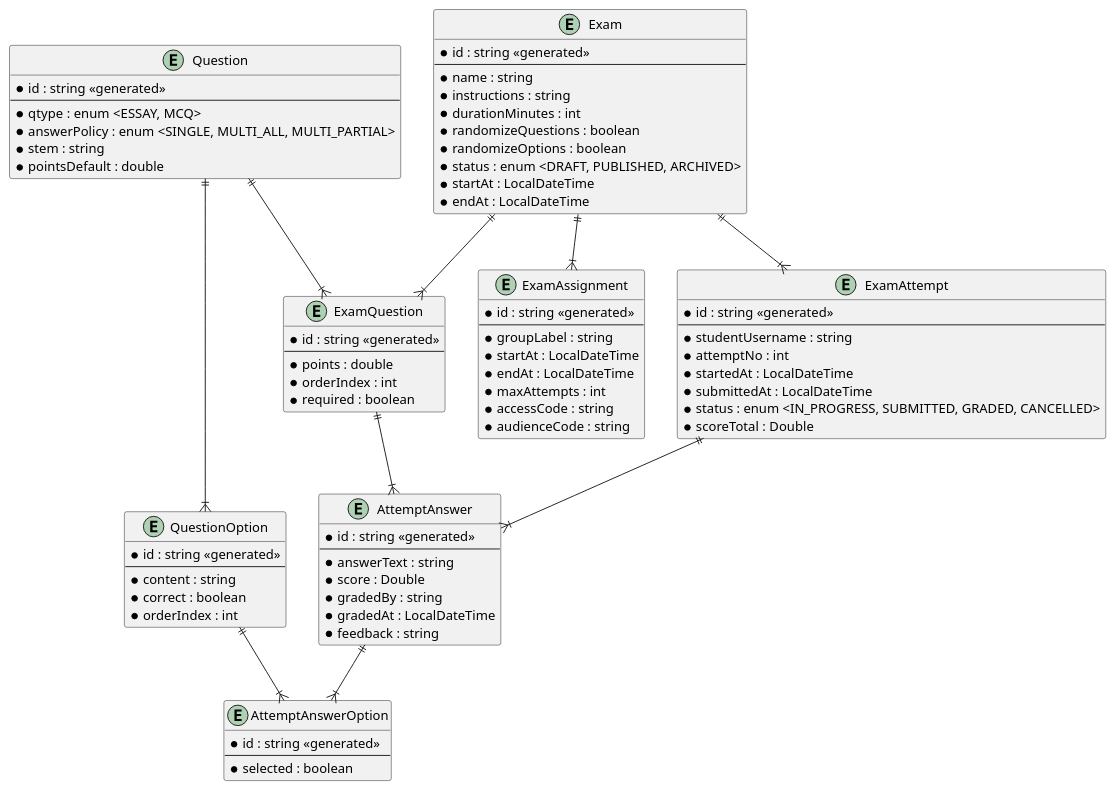
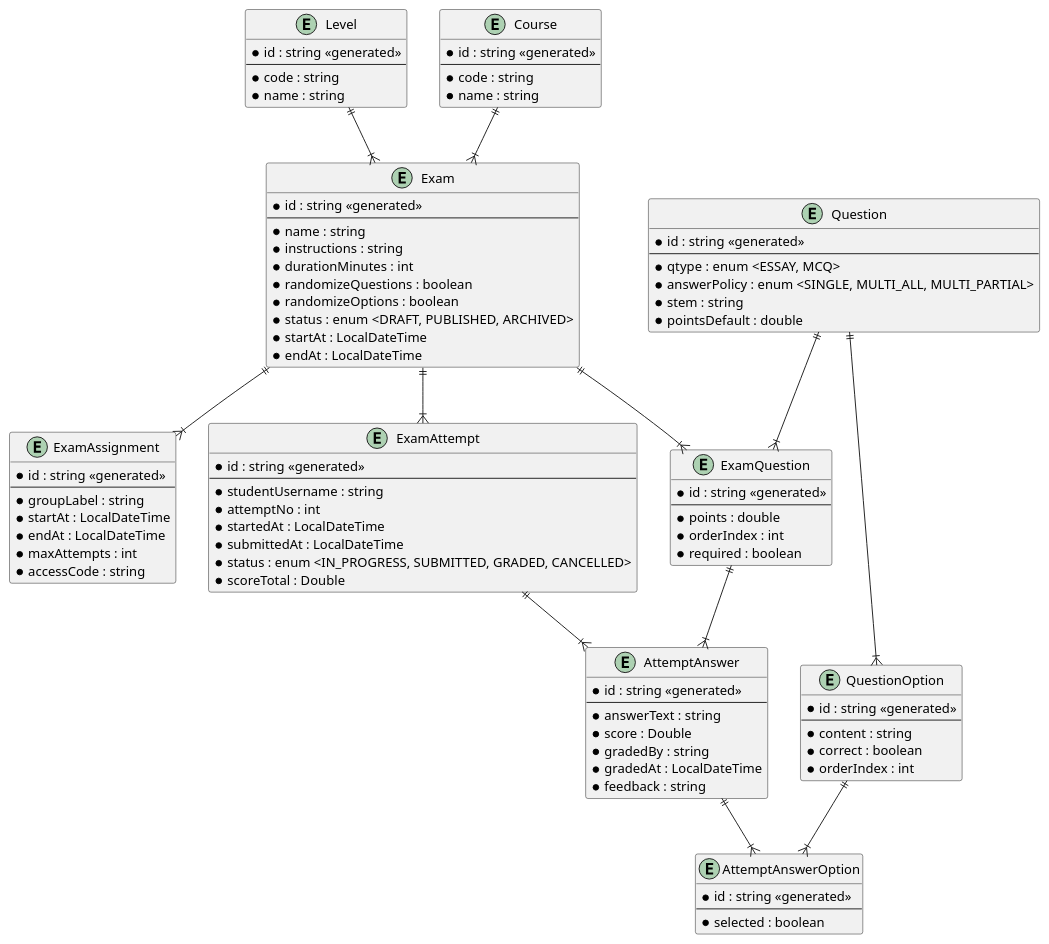
One commit to aronipurwanto/sisko-exam changed the diagram in docs/db/revisi.puml. Above: the diagram before and after it, drawn with PlantUML. The commit also changed 14 other files, not shown here.

```diff
--- a/docs/db/revisi.puml
+++ b/docs/db/revisi.puml
@@ -1,106 +1,118 @@
 @startuml
+
+entity "Level" as Level {
+    * id : string <<generated>>
+    --
+    * code : string
+    * name : string
+}
+
+entity "Course" as Course {
+    * id : string <<generated>>
+    --
+    * code : string
+    * name : string
+}
 
 entity "Question" as Question {
     * id : string <<generated>>
     --
     * qtype : enum <ESSAY, MCQ>
     * answerPolicy : enum <SINGLE, MULTI_ALL, MULTI_PARTIAL>
     * stem : string
     * pointsDefault : double
 }
 
 entity "QuestionOption" as QuestionOption {
     * id : string <<generated>>
     --
     * content : string
     * correct : boolean
     * orderIndex : int
 }
 
 entity "Exam" as Exam {
     * id : string <<generated>>
     --
     * name : string
     * instructions : string
     * durationMinutes : int
     * randomizeQuestions : boolean
     * randomizeOptions : boolean
     * status : enum <DRAFT, PUBLISHED, ARCHIVED>
     * startAt : LocalDateTime
     * endAt : LocalDateTime
 }
 
 entity "ExamAssignment" as ExamAssignment {
     * id : string <<generated>>
     --
     * groupLabel : string
     * startAt : LocalDateTime
     * endAt : LocalDateTime
     * maxAttempts : int
     * accessCode : string
-    * audienceCode : string
 }
 
 entity "ExamAttempt" as ExamAttempt {
     * id : string <<generated>>
     --
     * studentUsername : string
     * attemptNo : int
     * startedAt : LocalDateTime
     * submittedAt : LocalDateTime
     * status : enum <IN_PROGRESS, SUBMITTED, GRADED, CANCELLED>
     * scoreTotal : Double
 }
 
 entity "ExamQuestion" as ExamQuestion {
     * id : string <<generated>>
     --
     * points : double
     * orderIndex : int
     * required : boolean
 }
 
 entity "AttemptAnswer" as AttemptAnswer {
     * id : string <<generated>>
     --
     * answerText : string
     * score : Double
     * gradedBy : string
     * gradedAt : LocalDateTime
     * feedback : string
 }
 
 entity "AttemptAnswerOption" as AttemptAnswerOption {
     * id : string <<generated>>
     --
     * selected : boolean
 }
 
-' ==========================
-' RELATIONSHIPS (Fixed)
-' ==========================
-
 ' Question → QuestionOption
 Question ||--|{ QuestionOption
 
 ' Exam → ExamAssignment
 Exam ||--|{ ExamAssignment
 
 ' Exam → ExamQuestion → Question
 Exam ||--|{ ExamQuestion
 Question ||--|{ ExamQuestion
 
 ' Exam → ExamAttempt
 Exam ||--|{ ExamAttempt
 
 ' ExamAttempt → AttemptAnswer
 ExamAttempt ||--|{ AttemptAnswer
 
 ' ExamQuestion → AttemptAnswer
 ExamQuestion ||--|{ AttemptAnswer
 
 ' AttemptAnswer → AttemptAnswerOption → QuestionOption
 AttemptAnswer ||--|{ AttemptAnswerOption
 QuestionOption ||--|{ AttemptAnswerOption
 
+Level ||--|{Exam
+Course ||--|{Exam
+
 @enduml
```
